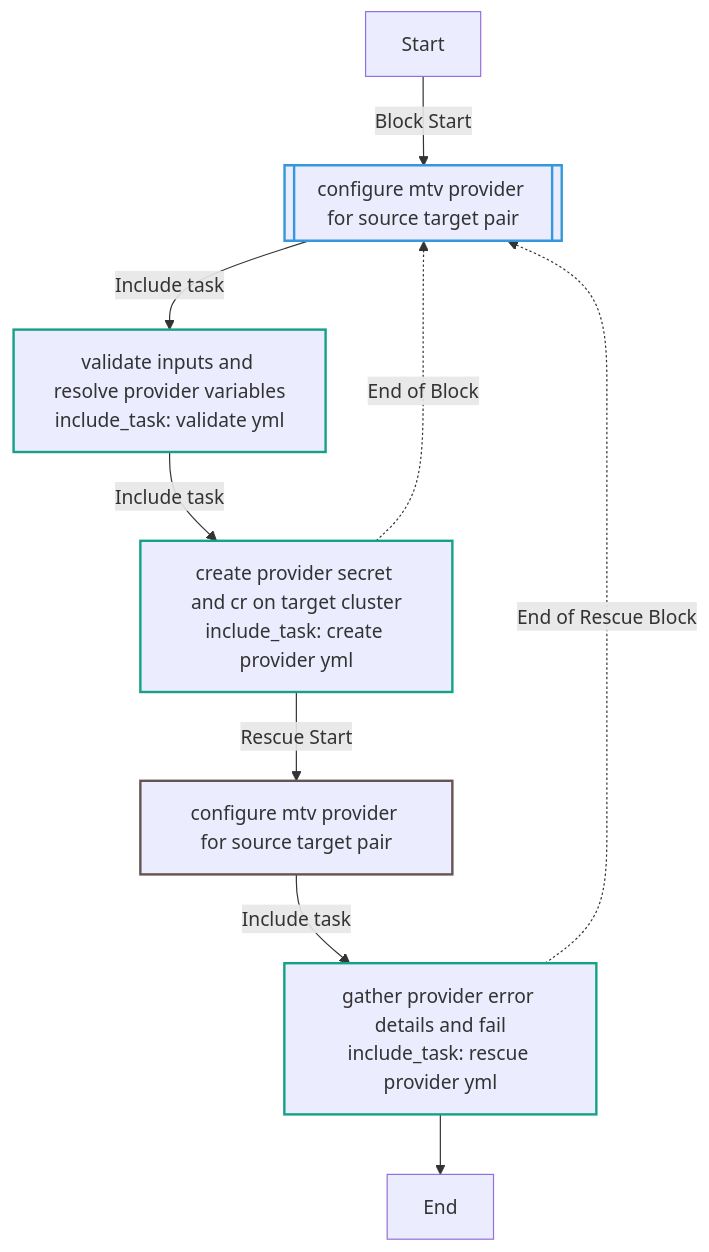
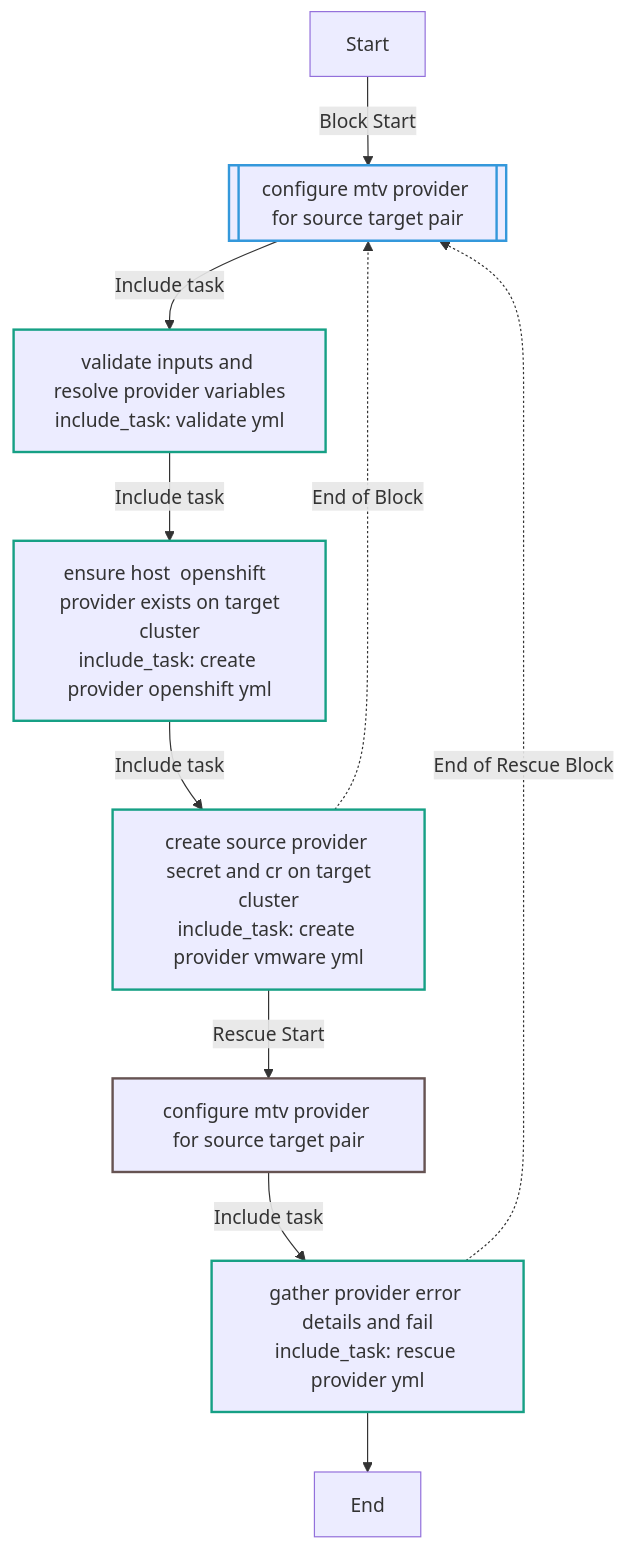
The third of 5 diagrams in roles/mtv_provider/README.md (redhat-cop/openshift_virtualization_migration), drawn with Mermaid before and after one commit. The commit also changed other lines of this file and 15 other files, not shown here.

First line of the commit message:
feat(mtv_provider): add host OpenShift provider, VMCA root CA cert, template refactor

````diff
--- a/roles/mtv_provider/README.md
+++ b/roles/mtv_provider/README.md
@@ -256,21 +327,22 @@
 ```mermaid
 flowchart TD
 Start
 classDef block stroke:#3498db,stroke-width:2px;
 classDef task stroke:#4b76bb,stroke-width:2px;
 classDef includeTasks stroke:#16a085,stroke-width:2px;
 classDef importTasks stroke:#34495e,stroke-width:2px;
 classDef includeRole stroke:#2980b9,stroke-width:2px;
 classDef importRole stroke:#699ba7,stroke-width:2px;
 classDef includeVars stroke:#8e44ad,stroke-width:2px;
 classDef rescue stroke:#665352,stroke-width:2px;
 
   Start-->|Block Start| Configure_MTV_provider_for_source_target_pair0_block_start_0[[configure mtv provider for source target pair]]:::block
   Configure_MTV_provider_for_source_target_pair0_block_start_0-->|Include task| Validate_inputs_and_resolve_provider_variables_validate_yml_0[validate inputs and resolve provider variables<br>include_task: validate yml]:::includeTasks
-  Validate_inputs_and_resolve_provider_variables_validate_yml_0-->|Include task| Create_provider_secret_and_CR_on_target_cluster_create_provider_yml_1[create provider secret and cr on target cluster<br>include_task: create provider yml]:::includeTasks
-  Create_provider_secret_and_CR_on_target_cluster_create_provider_yml_1-.->|End of Block| Configure_MTV_provider_for_source_target_pair0_block_start_0
-  Create_provider_secret_and_CR_on_target_cluster_create_provider_yml_1-->|Rescue Start| Configure_MTV_provider_for_source_target_pair0_rescue_start_0[configure mtv provider for source target pair]:::rescue
+  Validate_inputs_and_resolve_provider_variables_validate_yml_0-->|Include task| Ensure_host__openshift__provider_exists_on_target_cluster_create_provider_openshift_yml_1[ensure host  openshift  provider exists on target<br>cluster<br>include_task: create provider openshift yml]:::includeTasks
+  Ensure_host__openshift__provider_exists_on_target_cluster_create_provider_openshift_yml_1-->|Include task| Create_source_provider_secret_and_CR_on_target_cluster_create_provider_vmware_yml_2[create source provider secret and cr on target<br>cluster<br>include_task: create provider vmware yml]:::includeTasks
+  Create_source_provider_secret_and_CR_on_target_cluster_create_provider_vmware_yml_2-.->|End of Block| Configure_MTV_provider_for_source_target_pair0_block_start_0
+  Create_source_provider_secret_and_CR_on_target_cluster_create_provider_vmware_yml_2-->|Rescue Start| Configure_MTV_provider_for_source_target_pair0_rescue_start_0[configure mtv provider for source target pair]:::rescue
   Configure_MTV_provider_for_source_target_pair0_rescue_start_0-->|Include task| Gather_provider_error_details_and_fail_rescue_provider_yml_0[gather provider error details and fail<br>include_task: rescue provider yml]:::includeTasks
   Gather_provider_error_details_and_fail_rescue_provider_yml_0-.->|End of Rescue Block| Configure_MTV_provider_for_source_target_pair0_block_start_0
   Gather_provider_error_details_and_fail_rescue_provider_yml_0-->End
 ```
````
